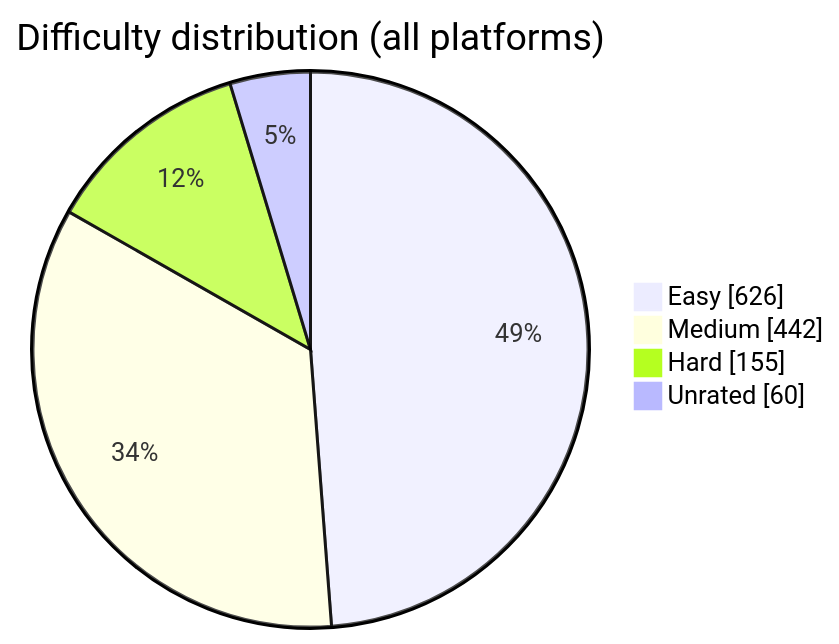
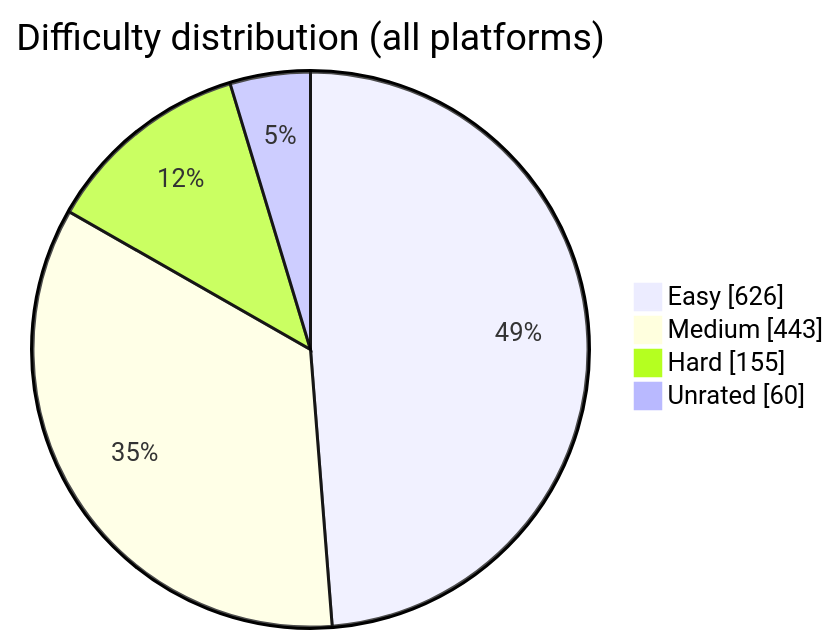
One commit to BuildbyArindam/Daily-Coding-Log changed the diagram in README.md. Above: the diagram before and after it, drawn with Mermaid. The commit also changed other lines of this file, not shown here.

````diff
--- a/README.md
+++ b/README.md
@@ -93,7 +93,7 @@
 ```mermaid
 pie showData title Difficulty distribution (all platforms)
     "Easy" : 626
-    "Medium" : 442
+    "Medium" : 443
     "Hard" : 155
     "Unrated" : 60
 ```
````
